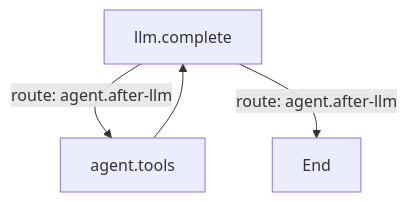
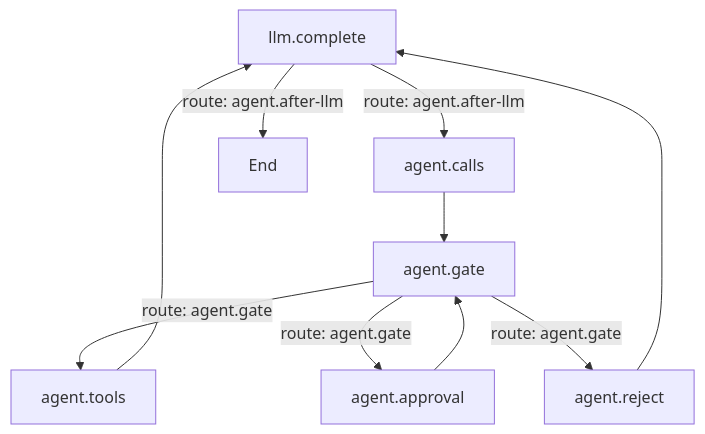
The diagram in docs/guide/graphs.md (zeroDtree/comonad-vscode-extension), drawn with Mermaid before and after one commit. The commit also changed other lines of this file and 15 other files, not shown here.

````diff
--- a/docs/guide/graphs.md
+++ b/docs/guide/graphs.md
@@ -6,10 +7,16 @@
 ```mermaid
 %% default: agent
 
 %% graph: agent
 flowchart TD
   %% start: llm
-  llm["llm.complete"] -->|route: agent.after-llm| tools["agent.tools"]
+  llm["llm.complete"] -->|route: agent.after-llm| calls["agent.calls"]
   llm -->|route: agent.after-llm| End
+  calls --> gate["agent.gate"]
+  gate -->|route: agent.gate| tools["agent.tools"]
+  gate -->|route: agent.gate| approval["agent.approval"]
+  gate -->|route: agent.gate| reject["agent.reject"]
+  approval --> gate
   tools --> llm
+  reject --> llm
 ```
````
